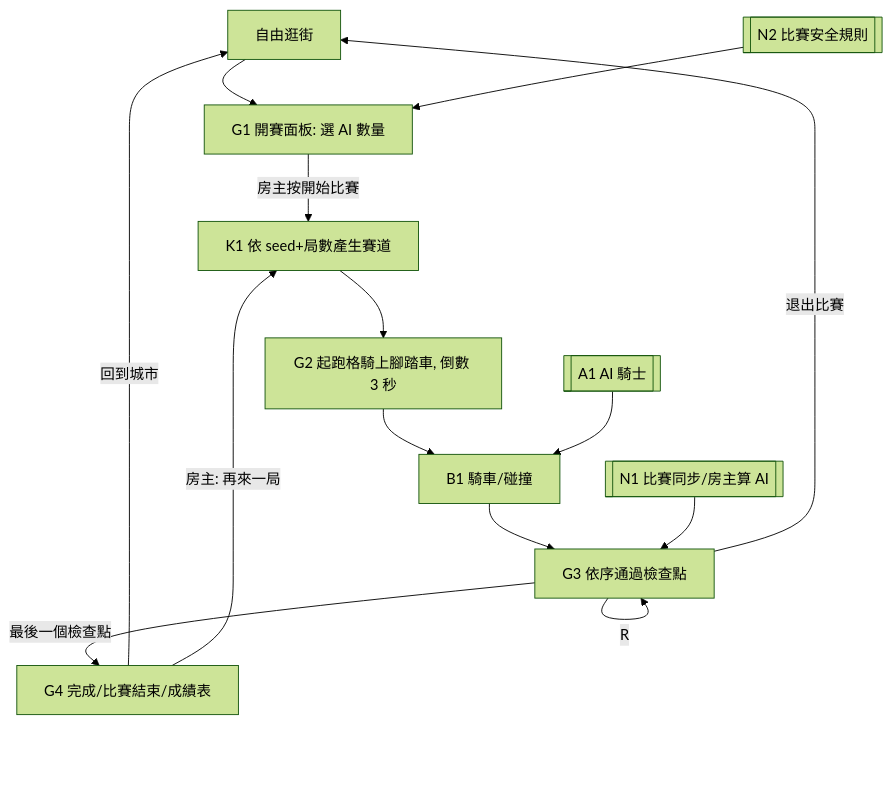
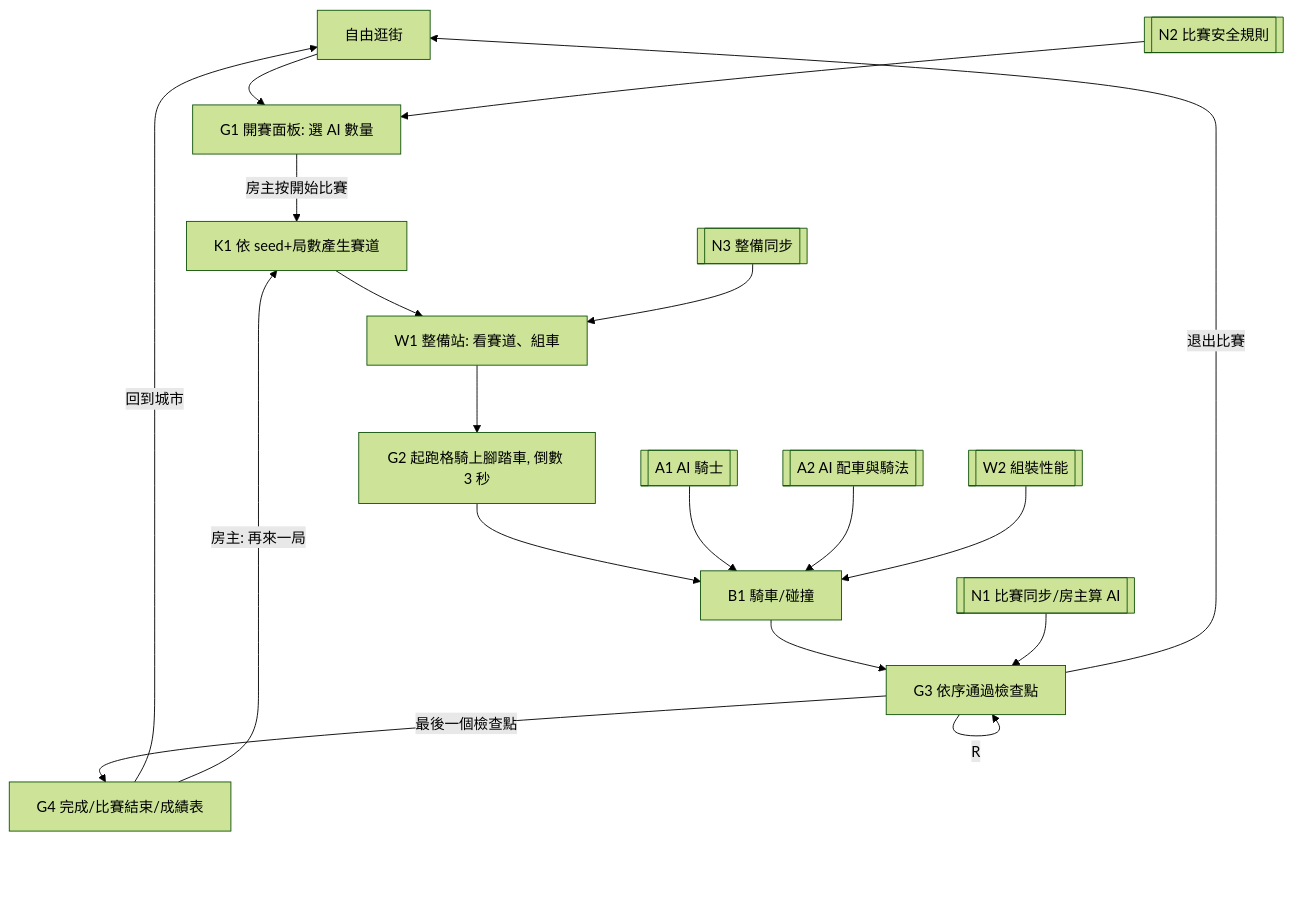
One commit to yanchen184/taipei-bike changed the second of 2 diagrams in docs/spec/01-flow.md. Above: the diagram before and after it, drawn with Mermaid (forest theme). The commit also changed other lines of this file and 5 other files, not shown here.

````diff
--- a/docs/spec/01-flow.md
+++ b/docs/spec/01-flow.md
@@ -83,17 +83,21 @@
 ```mermaid
 flowchart TD
   F[自由逛街] --> G1[G1 開賽面板: 選 AI 數量]
   G1 -->|房主按開始比賽| K1[K1 依 seed+局數產生賽道]
-  K1 --> G2[G2 起跑格騎上腳踏車, 倒數 3 秒]
+  K1 --> W1[W1 整備站: 看賽道、組車]
+  W1 --> G2[G2 起跑格騎上腳踏車, 倒數 3 秒]
   G2 --> B1[B1 騎車/碰撞]
   B1 --> G3[G3 依序通過檢查點]
   G3 -->|R| G3
   G3 -->|最後一個檢查點| G4[G4 完成/比賽結束/成績表]
   G4 -->|回到城市| F
   G4 -->|房主: 再來一局| K1
   G3 -->|退出比賽| F
 
   A1[[A1 AI 騎士]] --> B1
+  A2[[A2 AI 配車與騎法]] --> B1
+  W2[[W2 組裝性能]] --> B1
+  N3[[N3 整備同步]] --> W1
   N1[[N1 比賽同步/房主算 AI]] --> G3
   N2[[N2 比賽安全規則]] --> G1
 ```
````
